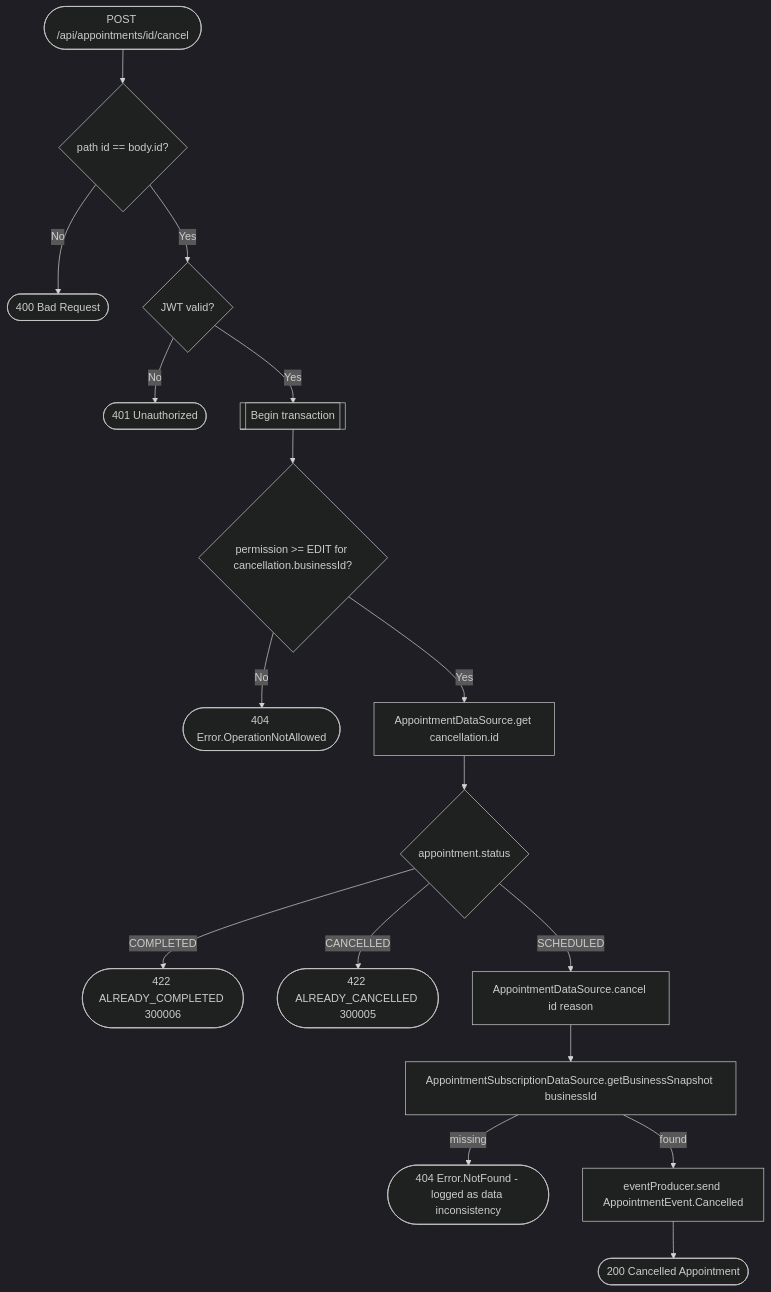
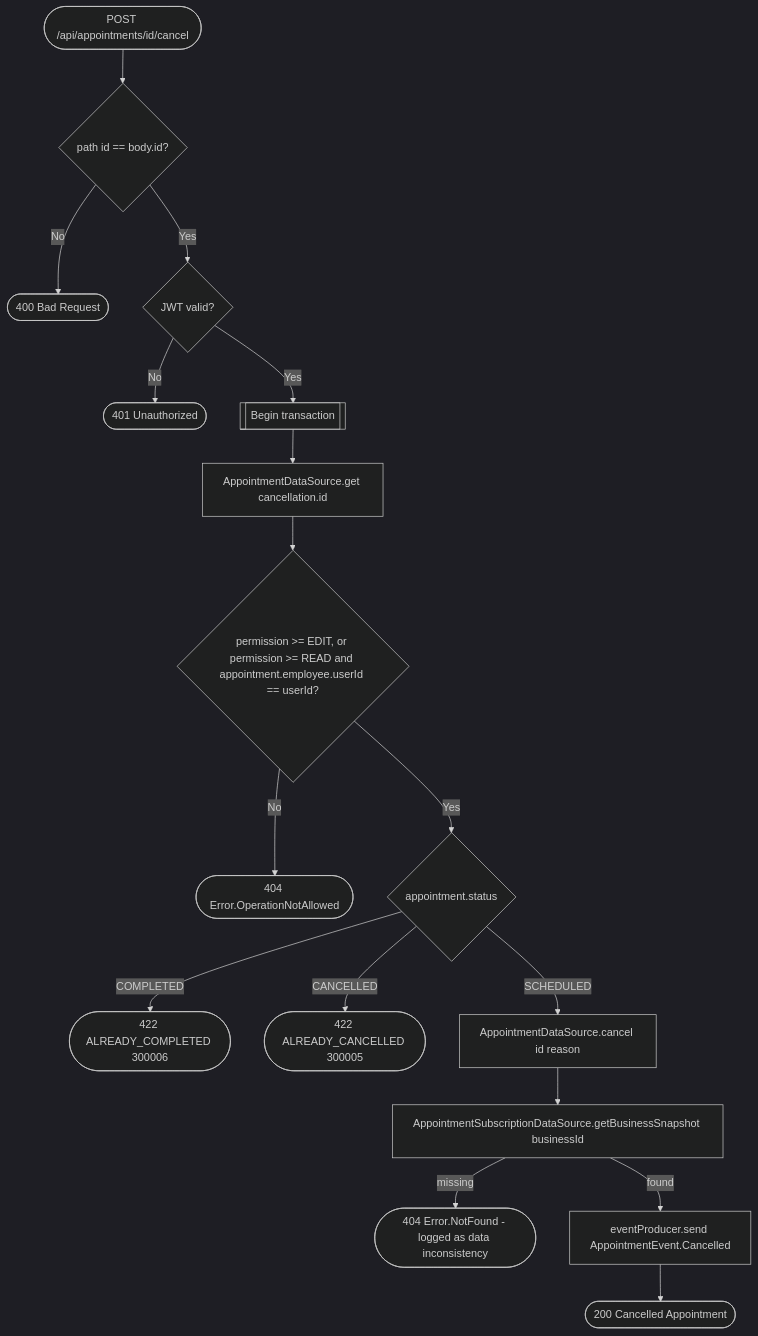
Before and after one commit to an22/bookk.me-backend: the diagram in docs/operations/appointments/cancel-appointment.md, drawn with Mermaid (dark theme). The commit also changed other lines of this file and 55 other files, not shown here.

Commit message:
[ISSUE-89] add permission so employee can change its own records even with READ permissions

````diff
--- a/docs/operations/appointments/cancel-appointment.md
+++ b/docs/operations/appointments/cancel-appointment.md
@@ -8,19 +12,19 @@
 ```mermaid
 flowchart TD
     Start([POST /api/appointments/id/cancel]) --> PathCheck{path id == body.id?}
     PathCheck -- No --> R400([400 Bad Request])
     PathCheck -- Yes --> Auth{JWT valid?}
     Auth -- No --> R401([401 Unauthorized])
     Auth -- Yes --> Tx[[Begin transaction]]
-    Tx --> Perm{permission >= EDIT for cancellation.businessId?}
+    Tx --> Get[AppointmentDataSource.get cancellation.id]
+    Get --> Perm{permission >= EDIT, or permission >= READ and appointment.employee.userId == userId?}
     Perm -- No --> R404a([404 Error.OperationNotAllowed])
-    Perm -- Yes --> Get[AppointmentDataSource.get cancellation.id]
-    Get --> Status{appointment.status}
+    Perm -- Yes --> Status{appointment.status}
     Status -- COMPLETED --> R422a([422 ALREADY_COMPLETED 300006])
     Status -- CANCELLED --> R422b([422 ALREADY_CANCELLED 300005])
     Status -- SCHEDULED --> Cancel[AppointmentDataSource.cancel id reason]
     Cancel --> Snapshot[AppointmentSubscriptionDataSource.getBusinessSnapshot businessId]
     Snapshot -- missing --> R404b([404 Error.NotFound - logged as data inconsistency])
     Snapshot -- found --> Event[eventProducer.send AppointmentEvent.Cancelled]
     Event --> R200([200 Cancelled Appointment])
 ```
````
